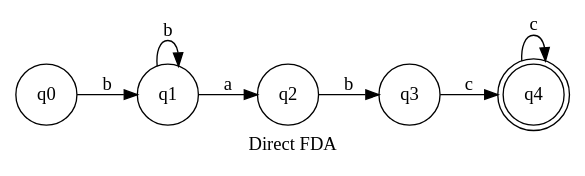
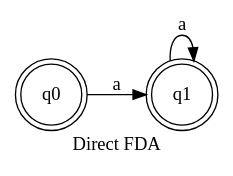
Before and after one commit to emiliosolanoo21/LabCD_LP: the diagram in Tree/default/Direct/AFD_direct.gv, drawn with Graphviz. The commit also changed 37 other files, not shown here.

```diff
--- a/Tree/default/Direct/AFD_direct.gv
+++ b/Tree/default/Direct/AFD_direct.gv
@@ -1,16 +1,9 @@
 // AFN
 digraph {
 	rankdir=LR
 	label="Direct FDA"
-	1616122912096 [label=q0 shape=circle]
-	1616122911904 [label=q1 shape=circle]
-	1616122911664 [label=q2 shape=circle]
-	1616122911520 [label=q3 shape=circle]
-	1616123035952 [label=q4 shape=doublecircle]
-	1616123035952 -> 1616123035952 [label=c]
-	1616122911520 -> 1616123035952 [label=c]
-	1616122911664 -> 1616122911520 [label=b]
-	1616122911904 -> 1616122911664 [label=a]
-	1616122911904 -> 1616122911904 [label=b]
-	1616122912096 -> 1616122911904 [label=b]
+	2417075462688 [label=q0 shape=doublecircle]
+	2417075463408 [label=q1 shape=doublecircle]
+	2417075463408 -> 2417075463408 [label=a]
+	2417075462688 -> 2417075463408 [label=a]
 }
```
